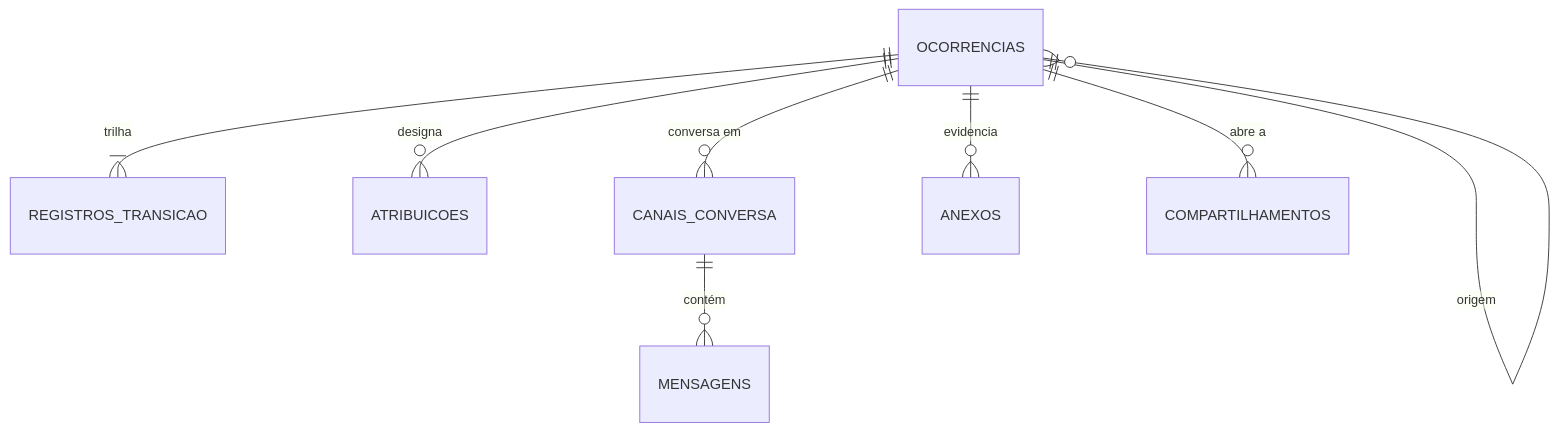
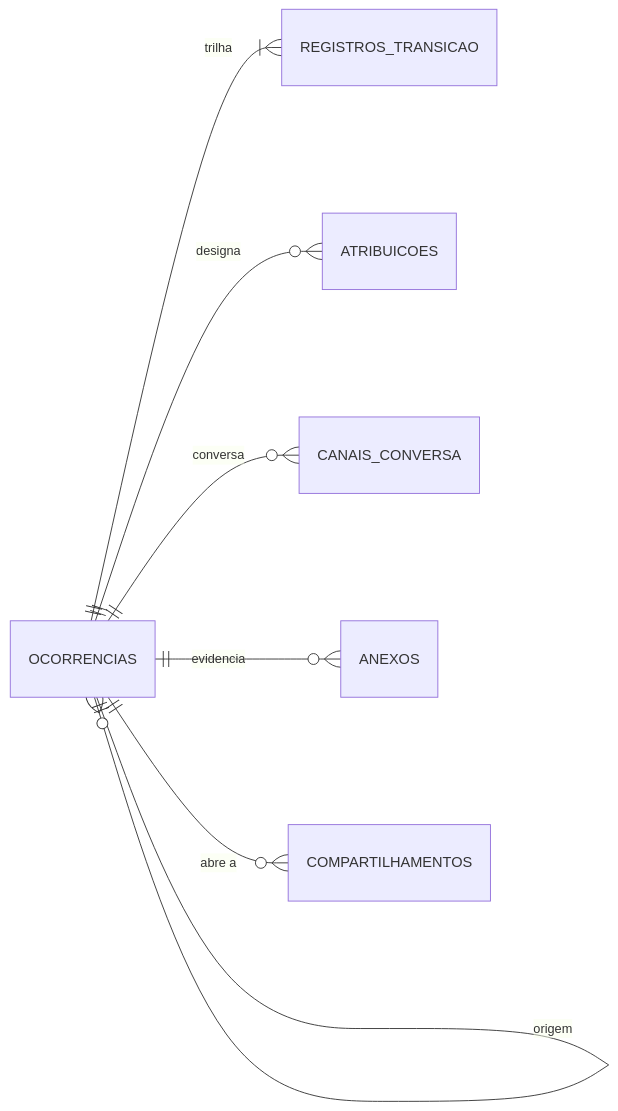
Before and after one commit to natanjunior/8FSDT-Hackathon: the second of 2 diagrams in docs/banco-de-dados.md, drawn with Mermaid. The commit also changed other lines of this file and 9 other files, not shown here.

````diff
--- a/docs/banco-de-dados.md
+++ b/docs/banco-de-dados.md
@@ -49,11 +49,10 @@
 ```mermaid
 erDiagram
-    direction TB
+    direction LR
     OCORRENCIAS ||--|{ REGISTROS_TRANSICAO : "trilha"
     OCORRENCIAS ||--o{ ATRIBUICOES : "designa"
-    OCORRENCIAS ||--o{ CANAIS_CONVERSA : "conversa em"
+    OCORRENCIAS ||--o{ CANAIS_CONVERSA : "conversa"
     OCORRENCIAS ||--o{ ANEXOS : "evidencia"
     OCORRENCIAS ||--o{ COMPARTILHAMENTOS : "abre a"
     OCORRENCIAS ||--o{ OCORRENCIAS : "origem"
-    CANAIS_CONVERSA ||--o{ MENSAGENS : "contém"
 ```
````
